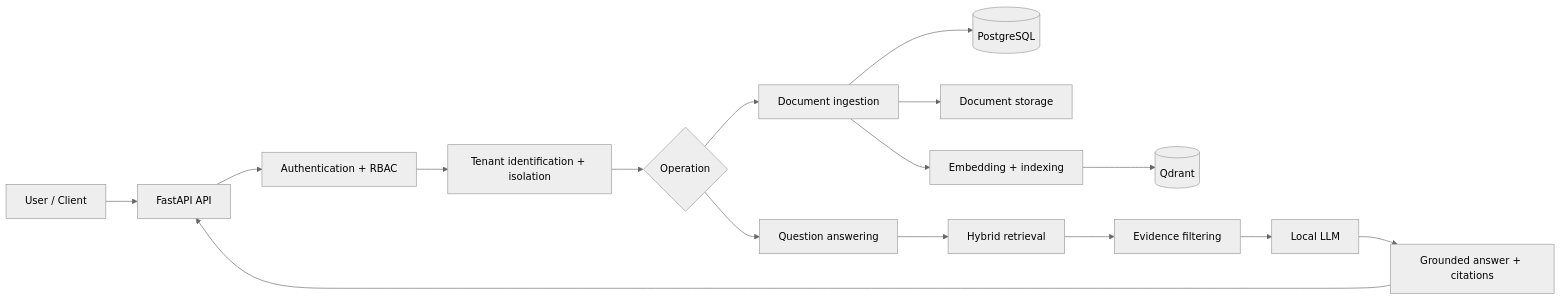
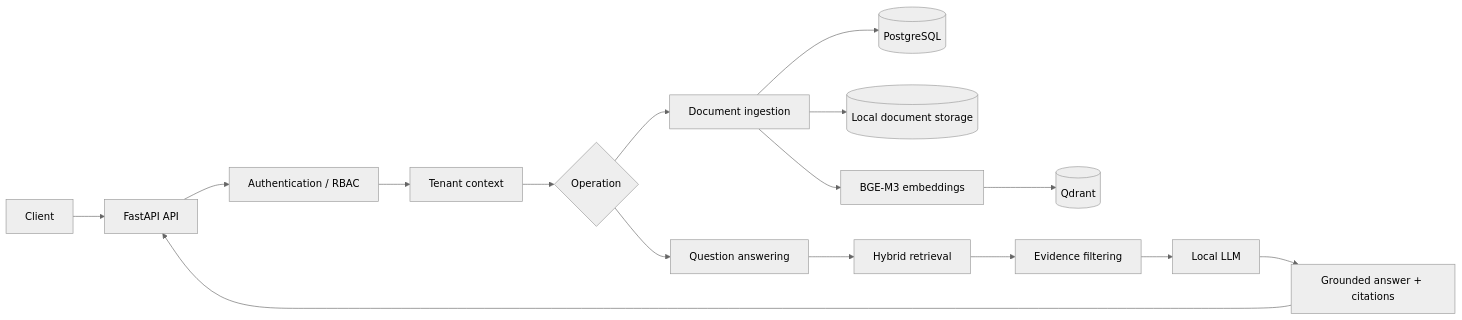
Before and after one commit to Sujeet-Kona/NEXORA: the first of 8 diagrams in README.md, drawn with Mermaid (neutral theme). The commit also changed other lines of this file, not shown here.

````diff
--- a/README.md
+++ b/README.md
@@ -17,21 +15,21 @@
 ```mermaid
 flowchart LR
-    U[User / Client] --> API[FastAPI API]
-    API --> AUTH[Authentication + RBAC]
-    AUTH --> TENANT[Tenant identification + isolation]
-    TENANT --> ROUTE{Operation}
+    U[Client] --> API[FastAPI API]
+    API --> SEC[Authentication / RBAC]
+    SEC --> TENANT[Tenant context]
+    TENANT --> OP{Operation}
 
-    ROUTE --> ING[Document ingestion]
-    ROUTE --> Q[Question answering]
+    OP --> ING[Document ingestion]
+    OP --> QA[Question answering]
 
     ING --> PG[(PostgreSQL)]
-    ING --> FILES[Document storage]
-    ING --> EMB[Embedding + indexing]
+    ING --> STORE[(Local document storage)]
+    ING --> EMB[BGE-M3 embeddings]
     EMB --> QD[(Qdrant)]
 
-    Q --> RET[Hybrid retrieval]
+    QA --> RET[Hybrid retrieval]
     RET --> EVID[Evidence filtering]
-    EVID --> LLM[Local LLM]
-    LLM --> RESP[Grounded answer + citations]
-    RESP --> API
+    EVID --> GEN[Local LLM]
+    GEN --> OUT[Grounded answer + citations]
+    OUT --> API
 ```
````
